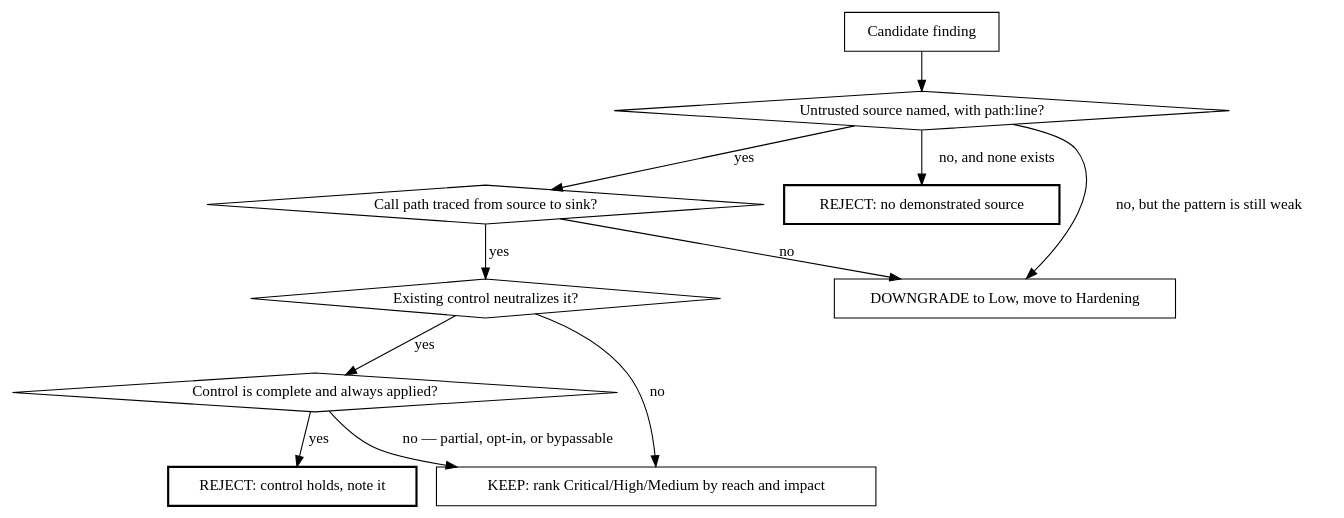
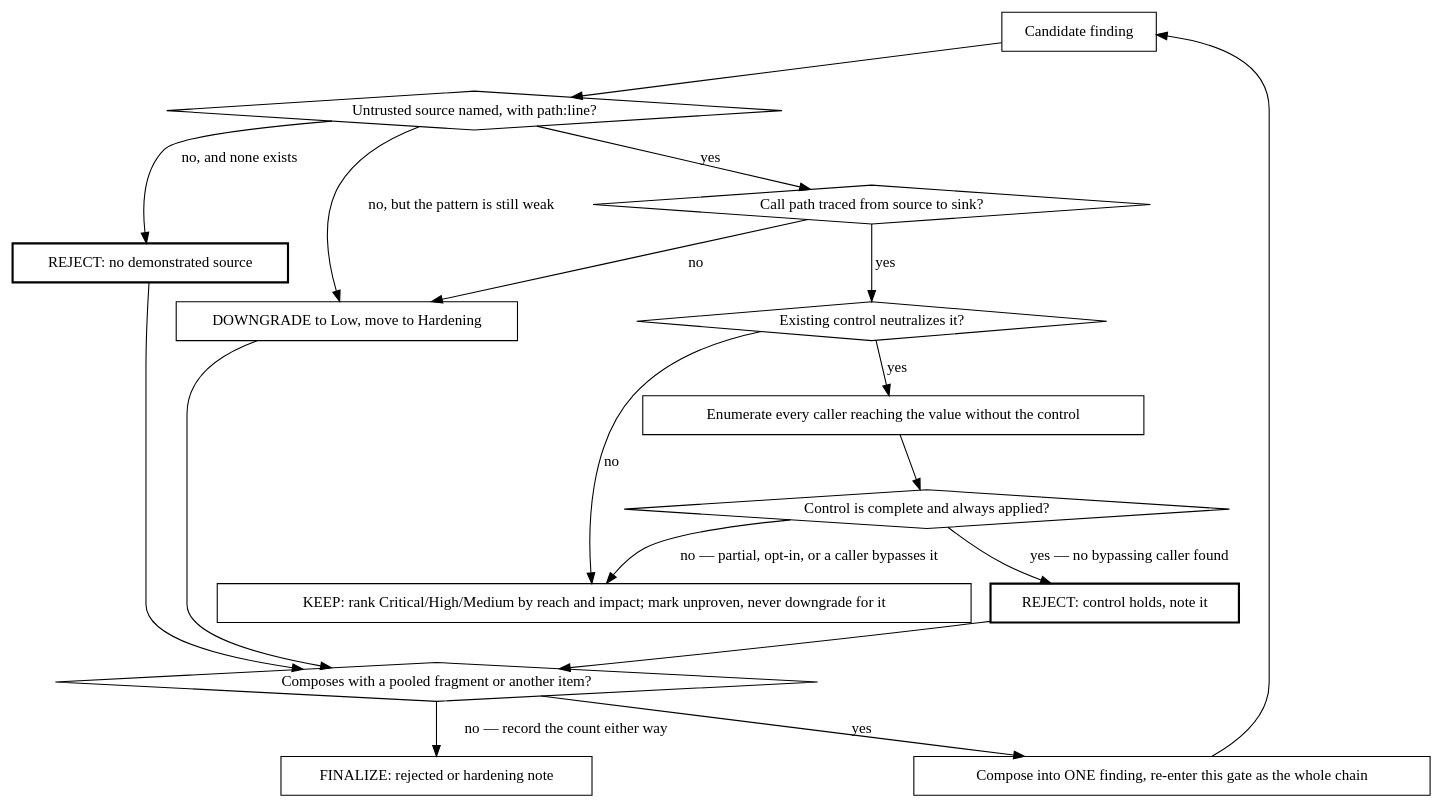
The third of 3 diagrams in kiro_and_antigravity/skills/.kiro/skills/agentic-owasp/SKILL.md (Ovid/paad), drawn with Graphviz before and after one commit. The commit also changed other lines of this file and 4 other files, not shown here.

````diff
--- a/kiro_and_antigravity/skills/.kiro/skills/agentic-owasp/SKILL.md
+++ b/kiro_and_antigravity/skills/.kiro/skills/agentic-owasp/SKILL.md
@@ -105,24 +136,35 @@
 ```dot
 digraph exploitability {
   "Candidate finding" [shape=box];
   "Untrusted source named, with path:line?" [shape=diamond];
   "Call path traced from source to sink?" [shape=diamond];
   "Existing control neutralizes it?" [shape=diamond];
   "Control is complete and always applied?" [shape=diamond];
   "REJECT: no demonstrated source" [shape=box, style=bold];
   "DOWNGRADE to Low, move to Hardening" [shape=box];
   "REJECT: control holds, note it" [shape=box, style=bold];
-  "KEEP: rank Critical/High/Medium by reach and impact" [shape=box];
+  "Enumerate every caller reaching the value without the control" [shape=box];
+  "Composes with a pooled fragment or another item?" [shape=diamond];
+  "Compose into ONE finding, re-enter this gate as the whole chain" [shape=box];
+  "FINALIZE: rejected or hardening note" [shape=box];
+  "KEEP: rank Critical/High/Medium by reach and impact; mark unproven, never downgrade for it" [shape=box];
 
   "Candidate finding" -> "Untrusted source named, with path:line?";
   "Untrusted source named, with path:line?" -> "REJECT: no demonstrated source" [label="no, and none exists"];
   "Untrusted source named, with path:line?" -> "DOWNGRADE to Low, move to Hardening" [label="no, but the pattern is still weak"];
   "Untrusted source named, with path:line?" -> "Call path traced from source to sink?" [label="yes"];
   "Call path traced from source to sink?" -> "DOWNGRADE to Low, move to Hardening" [label="no"];
   "Call path traced from source to sink?" -> "Existing control neutralizes it?" [label="yes"];
-  "Existing control neutralizes it?" -> "KEEP: rank Critical/High/Medium by reach and impact" [label="no"];
-  "Existing control neutralizes it?" -> "Control is complete and always applied?" [label="yes"];
-  "Control is complete and always applied?" -> "REJECT: control holds, note it" [label="yes"];
-  "Control is complete and always applied?" -> "KEEP: rank Critical/High/Medium by reach and impact" [label="no — partial, opt-in, or bypassable"];
+  "Existing control neutralizes it?" -> "KEEP: rank Critical/High/Medium by reach and impact; mark unproven, never downgrade for it" [label="no"];
+  "Existing control neutralizes it?" -> "Enumerate every caller reaching the value without the control" [label="yes"];
+  "Enumerate every caller reaching the value without the control" -> "Control is complete and always applied?";
+  "Control is complete and always applied?" -> "REJECT: control holds, note it" [label="yes — no bypassing caller found"];
+  "REJECT: no demonstrated source" -> "Composes with a pooled fragment or another item?";
+  "DOWNGRADE to Low, move to Hardening" -> "Composes with a pooled fragment or another item?";
+  "REJECT: control holds, note it" -> "Composes with a pooled fragment or another item?";
+  "Composes with a pooled fragment or another item?" -> "Compose into ONE finding, re-enter this gate as the whole chain" [label="yes"];
+  "Composes with a pooled fragment or another item?" -> "FINALIZE: rejected or hardening note" [label="no — record the count either way"];
+  "Compose into ONE finding, re-enter this gate as the whole chain" -> "Candidate finding";
+  "Control is complete and always applied?" -> "KEEP: rank Critical/High/Medium by reach and impact; mark unproven, never downgrade for it" [label="no — partial, opt-in, or a caller bypasses it"];
 }
 ```
````
